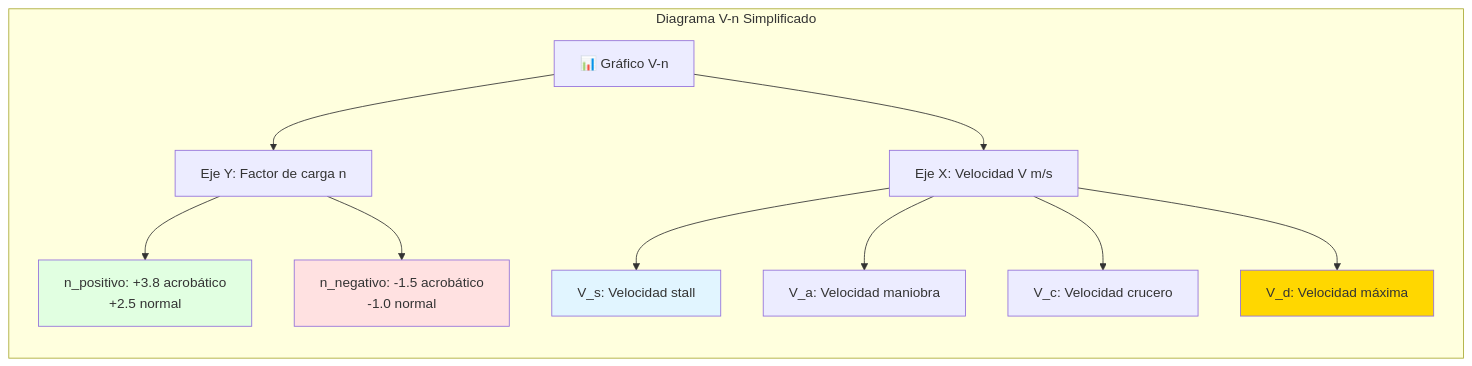
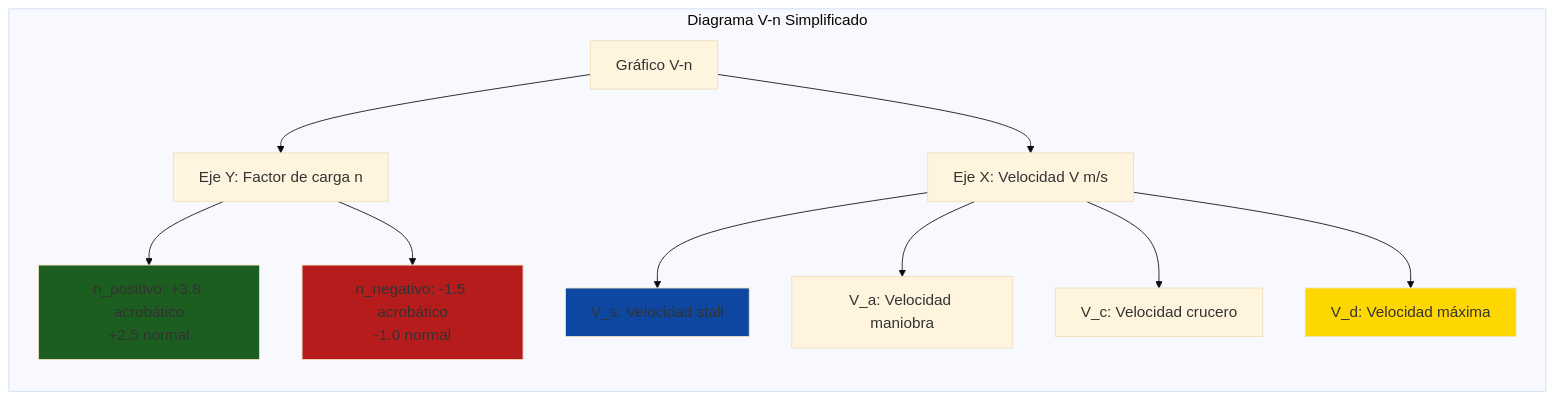
One commit to Ai-Whisperers/Courses-Content changed the eighth of 18 diagrams in courses/🟡-development/FPUNA-2026/03-INGENIERIA-AERONAUTICA/03-estructuras-materiales.md. Above: the diagram before and after it, drawn with Mermaid. The commit also changed other lines of this file and 47 other files, not shown here.

First line of the commit message:
fix: Make all 473 diagrams WCAG AAA accessible (FPUNA-2026)

````diff
--- a/courses/🟡-development/FPUNA-2026/03-INGENIERIA-AERONAUTICA/03-estructuras-materiales.md
+++ b/courses/🟡-development/FPUNA-2026/03-INGENIERIA-AERONAUTICA/03-estructuras-materiales.md
@@ -460,22 +467,23 @@
 ```mermaid
+%%{init: {'theme':'base', 'themeVariables': {'fontSize':'18px'}}}%%
 graph LR
     subgraph "Diagrama V-n Simplificado"
-        A[📊 Gráfico V-n]
+        A[Gráfico V-n]
         
         A --> B[Eje X: Velocidad V m/s]
         A --> C[Eje Y: Factor de carga n]
         
         C --> D[n_positivo: +3.8 acrobático<br/>+2.5 normal]
         C --> E[n_negativo: -1.5 acrobático<br/>-1.0 normal]
         
         B --> F[V_s: Velocidad stall]
         B --> G[V_a: Velocidad maniobra]
         B --> H[V_c: Velocidad crucero]
         B --> I[V_d: Velocidad máxima]
     end
     
-    style D fill:#E1FFE1
-    style E fill:#FFE1E1
-    style F fill:#E1F5FF
+    style D fill:#1b5e20
+    style E fill:#b71c1c
+    style F fill:#0d47a1
     style I fill:#FFD700
 ```
````
